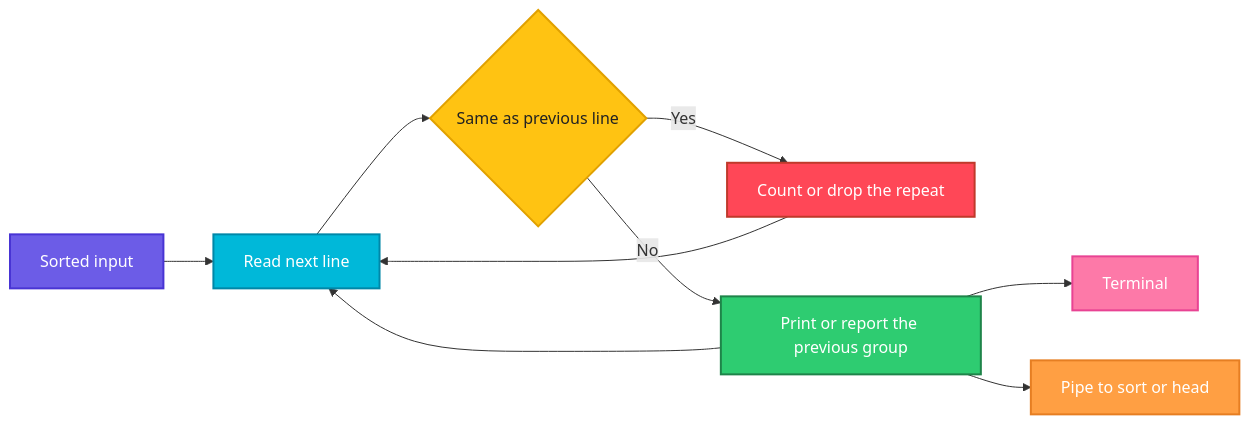
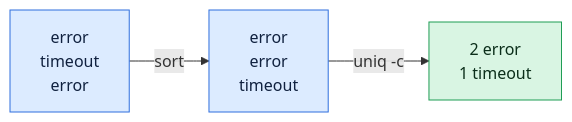
Before and after one commit to codeKerdosTech/DevOps-Documentation: the diagram in linux/text-processing/uniq.md, drawn with Mermaid. The commit also changed other lines of this file and 165 other files, not shown here.

Commit message:
updated diagrams in linux

````diff
--- a/linux/text-processing/uniq.md
+++ b/linux/text-processing/uniq.md
@@ -16,25 +16,11 @@
 ```mermaid
 flowchart LR
-    A[Sorted input] --> B[Read next line]
-    B --> C{Same as previous line}
-    C -->|Yes| D[Count or drop the repeat]
-    C -->|No| E[Print or report the previous group]
-    D --> B
-    E --> B
-    E --> F[Terminal]
-    E --> G[Pipe to sort or head]
-    classDef start fill:#6C5CE7,stroke:#4834D4,stroke-width:2px,color:#fff
-    classDef proc fill:#00B8D9,stroke:#0087A8,stroke-width:2px,color:#fff
-    classDef dec fill:#FFC312,stroke:#E1A100,stroke-width:2px,color:#222
-    classDef ok fill:#2ECC71,stroke:#1E8449,stroke-width:2px,color:#fff
-    classDef err fill:#FF4757,stroke:#C0392B,stroke-width:2px,color:#fff
-    classDef out fill:#FD79A8,stroke:#E84393,stroke-width:2px,color:#fff
-    classDef alt fill:#FF9F43,stroke:#E67E22,stroke-width:2px,color:#fff
-    class A start
-    class B proc
-    class C dec
-    class D err
-    class E ok
-    class F out
-    class G alt
+    i1[error<br/>timeout<br/>error] -->|sort| i2[error<br/>error<br/>timeout] -->|uniq -c| o1[2 error<br/>1 timeout]
+    classDef inp fill:#DCEBFF,stroke:#2F6FDE,color:#10213F
+    classDef cmd fill:#FFF0C2,stroke:#C98A00,color:#3A2A00
+    classDef out fill:#D9F5E3,stroke:#1F9D55,color:#0B2E1A
+    classDef bad fill:#FDE0E0,stroke:#D13B3B,color:#4A0F0F
+    classDef note fill:#ECEFF3,stroke:#7B8794,color:#1F2933
+    class i1,i2 inp
+    class o1 out
 ```
````
